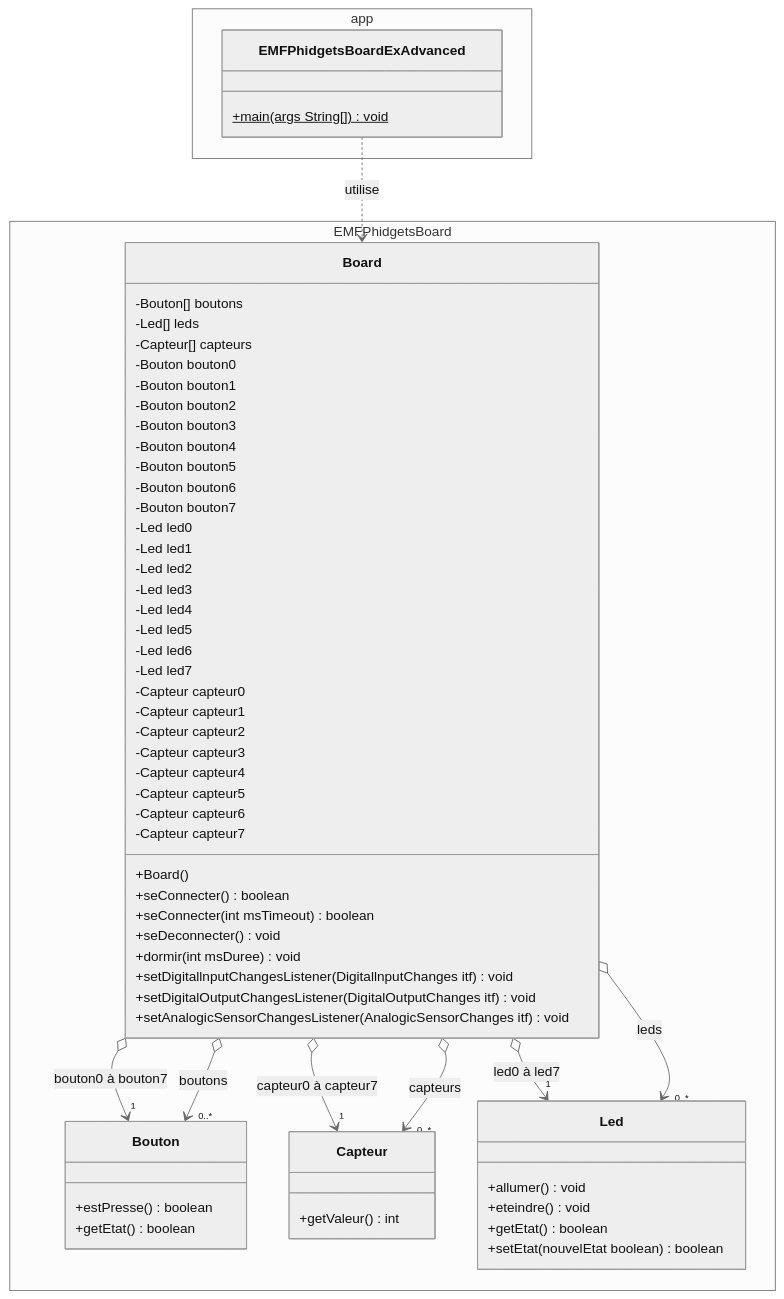
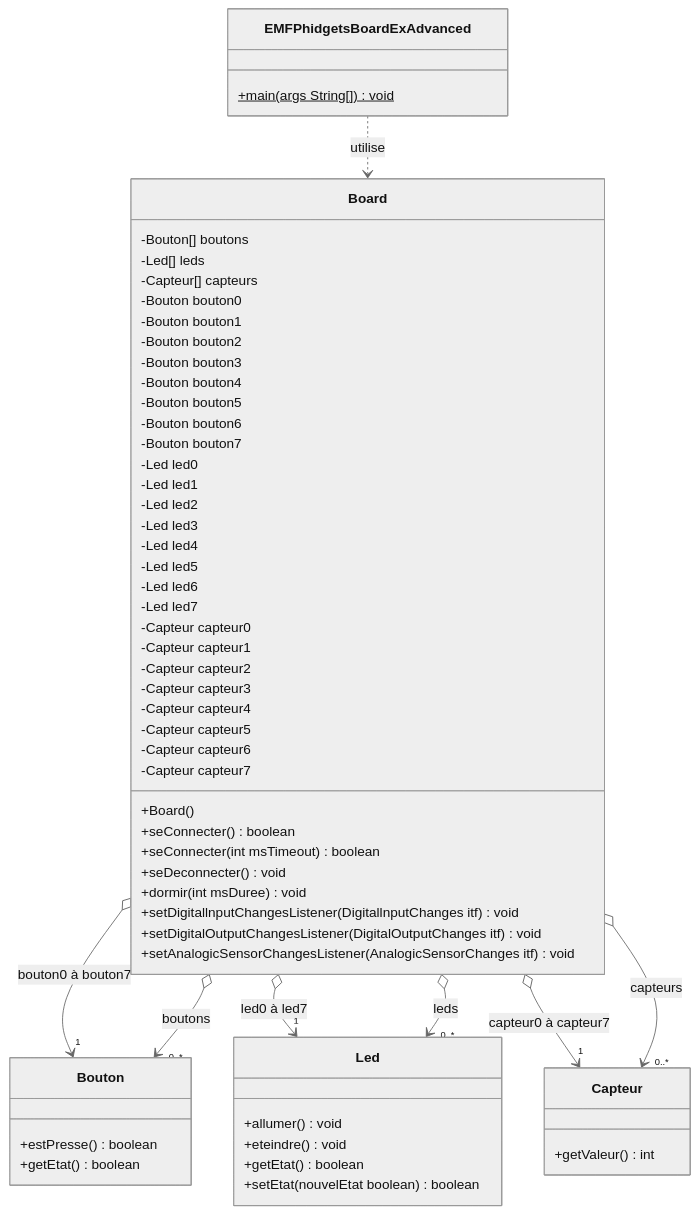
Before and after one commit to emf-info/EMFPhidgetBoard: the first of 2 diagrams in EMFPhidgetsBoardExAdvanced.md, drawn with Mermaid (neutral theme). The commit also changed 4 other files, not shown here.

````diff
--- a/EMFPhidgetsBoardExAdvanced.md
+++ b/EMFPhidgetsBoardExAdvanced.md
@@ -36,70 +36,69 @@
 ```mermaid
 classDiagram
-namespace EMFPhidgetsBoard {
+
 class Board {
    -Bouton[] boutons
    -Led[] leds
    -Capteur[] capteurs
    -Bouton bouton0
    -Bouton bouton1
    -Bouton bouton2
    -Bouton bouton3
    -Bouton bouton4
    -Bouton bouton5
    -Bouton bouton6
    -Bouton bouton7
    -Led led0
    -Led led1
    -Led led2
    -Led led3
    -Led led4
    -Led led5
    -Led led6
    -Led led7
    -Capteur capteur0
    -Capteur capteur1
    -Capteur capteur2
    -Capteur capteur3
    -Capteur capteur4
    -Capteur capteur5
    -Capteur capteur6
    -Capteur capteur7
    +Board()    
    +seConnecter() boolean
    +seConnecter(int msTimeout) boolean
    +seDeconnecter() void
    +dormir(int msDuree) void
    +setDigitallnputChangesListener(DigitallnputChanges itf) void
    +setDigitalOutputChangesListener(DigitalOutputChanges itf) void
    +setAnalogicSensorChangesListener(AnalogicSensorChanges itf) void
 }
 class Bouton {
    +estPresse() boolean
    +getEtat() boolean
 }
 class Capteur {
    +getValeur() int
 }
 class Led {
    +allumer() void
    +eteindre() void
    +getEtat() boolean
    +setEtat(nouvelEtat boolean) boolean
 }
-}
+
 Board o--> "1" Bouton : bouton0 à bouton7
 Board o--> "0..*" Bouton : boutons
 
 Board o--> "1" Led : led0 à led7
 Board o--> "0..*" Led : leds
 
 Board o--> "1" Capteur : capteur0 à capteur7
 Board o--> "0..*" Capteur : capteurs
 
-namespace app {
 class EMFPhidgetsBoardExAdvanced {
     +main(args String[]) void$
 }
-}
+
 EMFPhidgetsBoardExAdvanced ..> Board : utilise
 ```
````
